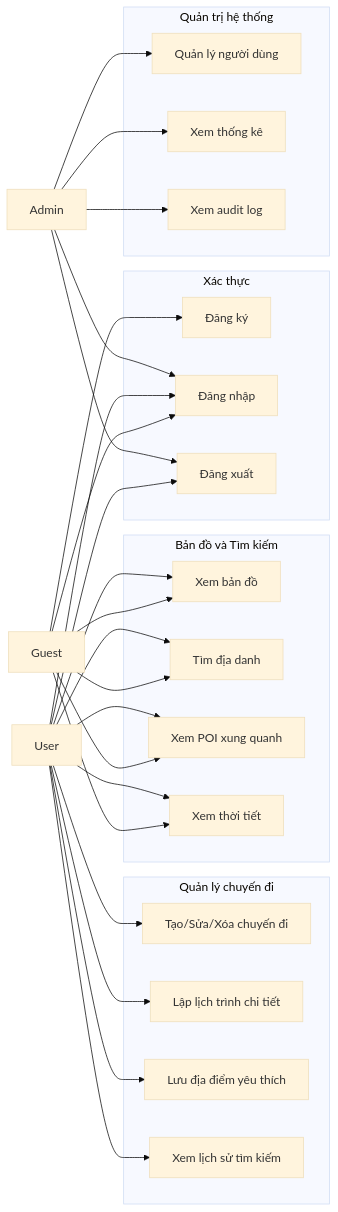
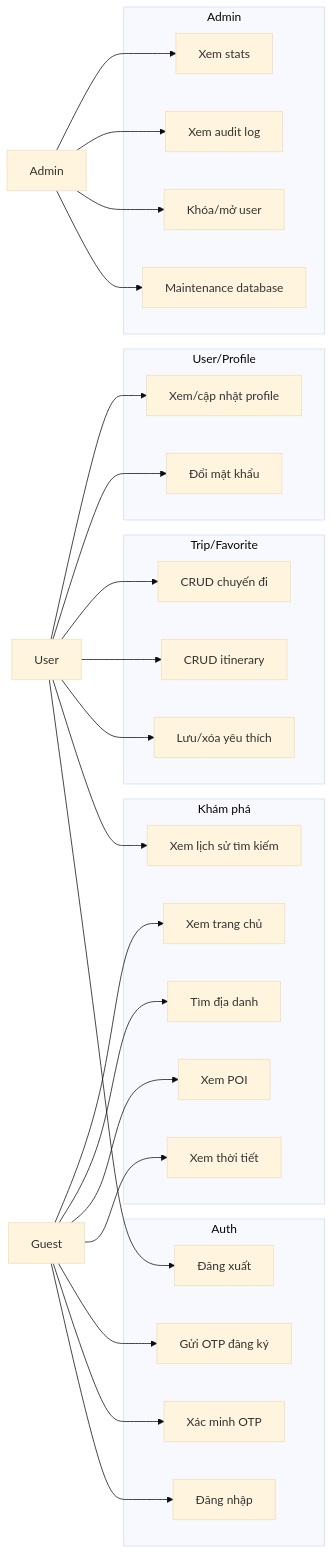
Before and after one commit to NguyenHoangPhuong275/dattcnpm: the diagram in docs/02_USE_CASE.md, drawn with Mermaid (base theme). The commit also changed other lines of this file and 100 other files, not shown here.

Commit message:
feat: scaffold core project architecture with authentication, database, and profile management modules

````diff
--- a/docs/02_USE_CASE.md
+++ b/docs/02_USE_CASE.md
@@ -6,56 +7,60 @@
 ```mermaid
 flowchart LR
     Guest[Guest]
     User[User]
     Admin[Admin]
 
-    subgraph Map_Search [Bản đồ và Tìm kiếm]
-        UC01[Xem bản đồ]
+    subgraph Explore [Khám phá]
+        UC01[Xem trang chủ]
         UC02[Tìm địa danh]
-        UC03[Xem POI xung quanh]
+        UC03[Xem POI]
         UC04[Xem thời tiết]
+        UC17[Xem lịch sử tìm kiếm]
     end
 
-    subgraph Auth [Xác thực]
-        UC05[Đăng ký]
-        UC06[Đăng nhập]
-        UC07[Đăng xuất]
+    subgraph Auth [Auth]
+        UC05[Gửi OTP đăng ký]
+        UC06[Xác minh OTP]
+        UC07[Đăng nhập]
+        UC18[Đăng xuất]
     end
 
-    subgraph Trip [Quản lý chuyến đi]
-        UC08[Tạo/Sửa/Xóa chuyến đi]
-        UC09[Lập lịch trình chi tiết]
-        UC10[Lưu địa điểm yêu thích]
-        UC11[Xem lịch sử tìm kiếm]
+    subgraph Profile [User/Profile]
+        UC08[Xem/cập nhật profile]
+        UC09[Đổi mật khẩu]
     end
 
-    subgraph AdminPanel [Quản trị hệ thống]
-        UC12[Quản lý người dùng]
-        UC13[Xem thống kê]
+    subgraph Trip [Trip/Favorite]
+        UC10[CRUD chuyến đi]
+        UC11[CRUD itinerary]
+        UC12[Lưu/xóa yêu thích]
+    end
+
+    subgraph AdminPanel [Admin]
+        UC13[Xem stats]
         UC14[Xem audit log]
+        UC15[Khóa/mở user]
+        UC16[Maintenance database]
     end
 
     Guest --> UC01
     Guest --> UC02
     Guest --> UC03
     Guest --> UC04
     Guest --> UC05
     Guest --> UC06
+    Guest --> UC07
 
-    User --> UC01
-    User --> UC02
-    User --> UC03
-    User --> UC04
-    User --> UC06
-    User --> UC07
     User --> UC08
     User --> UC09
     User --> UC10
     User --> UC11
+    User --> UC12
+    User --> UC17
+    User --> UC18
 
-    Admin --> UC06
-    Admin --> UC07
-    Admin --> UC12
     Admin --> UC13
     Admin --> UC14
+    Admin --> UC15
+    Admin --> UC16
 ```
````
